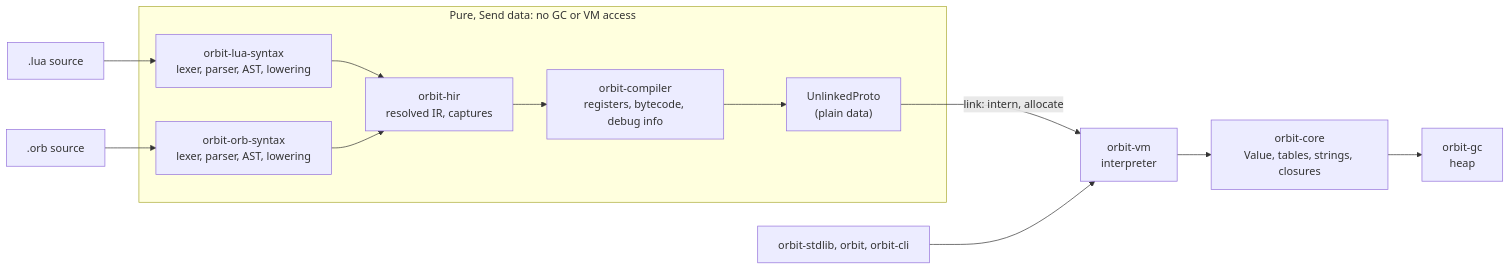
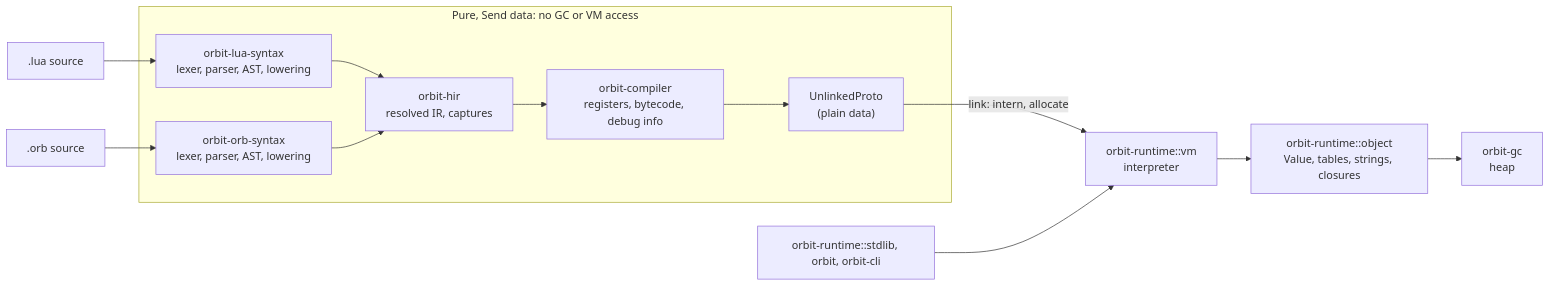
One commit to orbitscript-lang/OrbitScript changed the diagram in docs/design/README.md. Above: the diagram before and after it, drawn with Mermaid. The commit also changed other lines of this file and 123 other files, not shown here.

First line of the commit message:
Merge orbit-core, orbit-vm and orbit-stdlib into orbit-runtime

````diff
--- a/docs/design/README.md
+++ b/docs/design/README.md
@@ -16,21 +16,21 @@
 ```mermaid
 flowchart LR
     lua[".lua source"] --> luasyn["orbit-lua-syntax<br/>lexer, parser, AST, lowering"]
     orb[".orb source"] --> orbsyn["orbit-orb-syntax<br/>lexer, parser, AST, lowering"]
     luasyn --> hir["orbit-hir<br/>resolved IR, captures"]
     orbsyn --> hir
     hir --> comp["orbit-compiler<br/>registers, bytecode, debug info"]
     comp --> unlinked["UnlinkedProto<br/>(plain data)"]
-    unlinked -- "link: intern, allocate" --> vm["orbit-vm<br/>interpreter"]
-    vm --> core["orbit-core<br/>Value, tables, strings, closures"]
+    unlinked -- "link: intern, allocate" --> vm["orbit-runtime::vm<br/>interpreter"]
+    vm --> core["orbit-runtime::object<br/>Value, tables, strings, closures"]
     core --> gc["orbit-gc<br/>heap"]
-    host["orbit-stdlib, orbit, orbit-cli"] --> vm
+    host["orbit-runtime::stdlib, orbit, orbit-cli"] --> vm
 
     subgraph pure ["Pure, Send data: no GC or VM access"]
         luasyn
         orbsyn
         hir
         comp
         unlinked
     end
 ```
````
